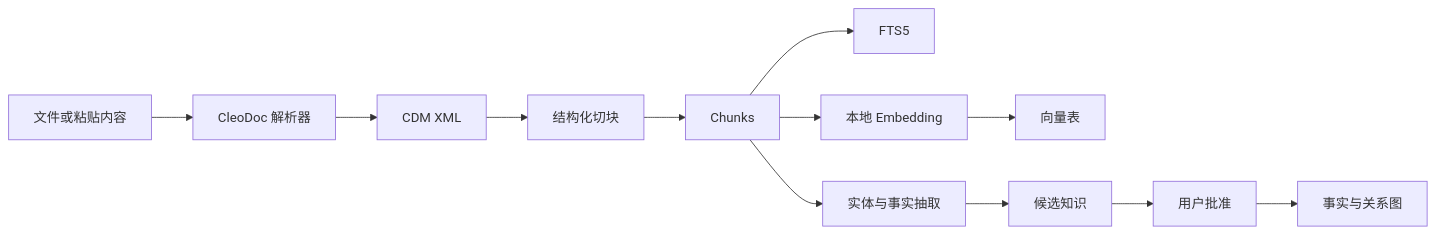
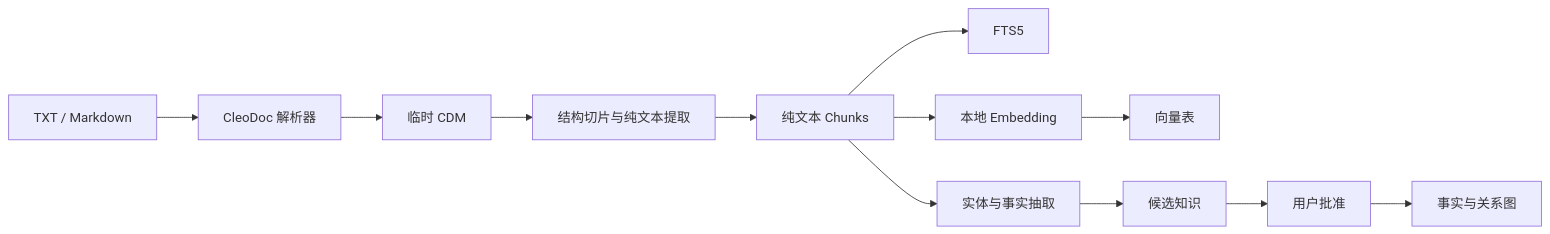
Before and after one commit to Mengman/CleoDoc: the third of 4 diagrams in docs/TECHNICAL_ARCHITECTURE.md, drawn with Mermaid. The commit also changed other lines of this file and 8 other files, not shown here.

````diff
--- a/docs/TECHNICAL_ARCHITECTURE.md
+++ b/docs/TECHNICAL_ARCHITECTURE.md
@@ -421,14 +421,14 @@
 ```mermaid
 flowchart LR
-    SOURCE["文件或粘贴内容"] --> PARSE["CleoDoc 解析器"]
-    PARSE --> CDM["CDM XML"]
-    CDM --> CHUNK["结构化切块"]
-    CHUNK --> SQLITE["Chunks"]
+    SOURCE["TXT / Markdown"] --> PARSE["CleoDoc 解析器"]
+    PARSE --> CDM["临时 CDM"]
+    CDM --> CHUNK["结构切片与纯文本提取"]
+    CHUNK --> SQLITE["纯文本 Chunks"]
     SQLITE --> FTS["FTS5"]
     SQLITE --> EMBED["本地 Embedding"]
     SQLITE --> EXTRACT["实体与事实抽取"]
     EMBED --> VECTOR["向量表"]
     EXTRACT --> CANDIDATE["候选知识"]
     CANDIDATE --> APPROVE["用户批准"]
     APPROVE --> GRAPH["事实与关系图"]
 ```
````
